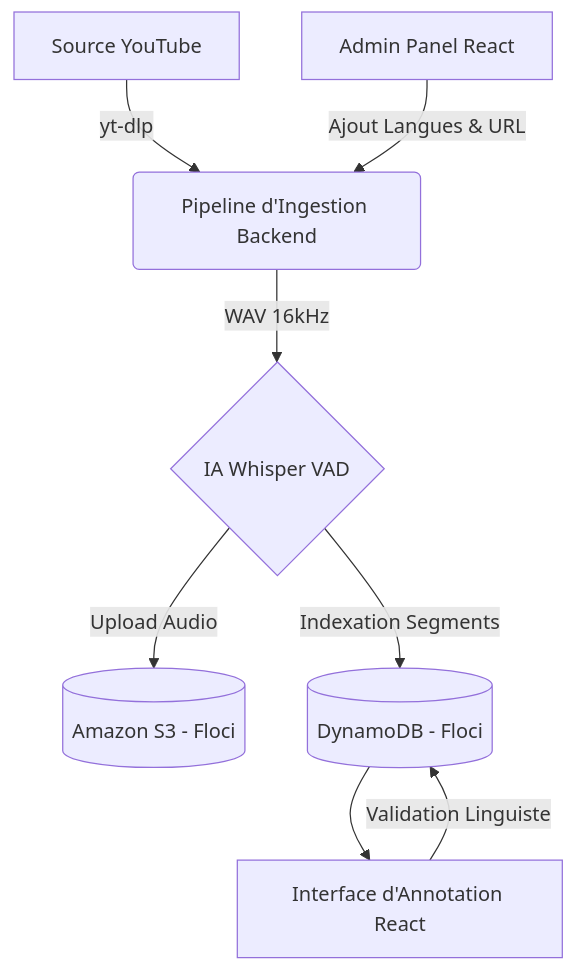
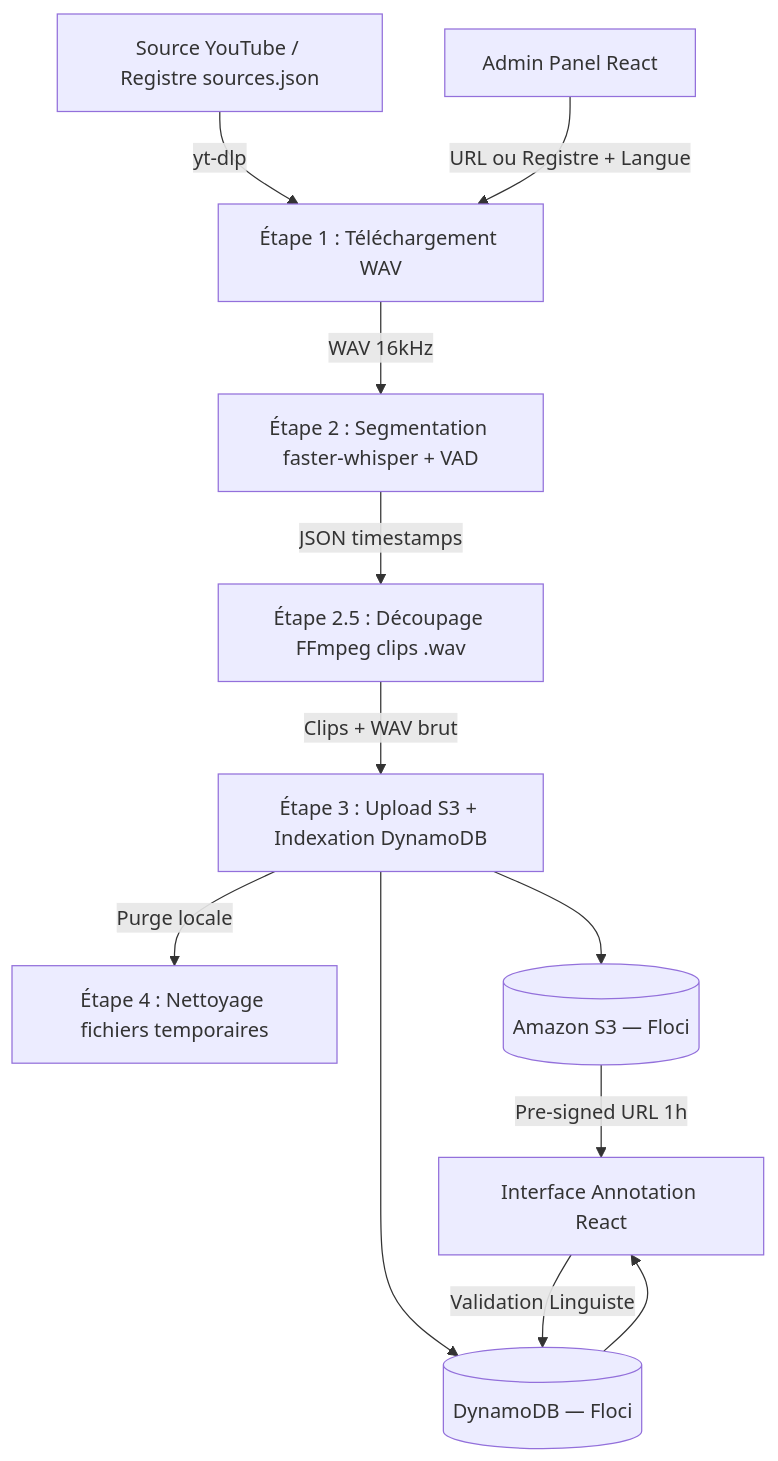
Before and after one commit to Gnzikoune/BantuVoice-MVP: the diagram in README.md, drawn with Mermaid. The commit also changed other lines of this file, not shown here.

Commit message:
docs(readme): mise a jour complete - faster-whisper, audio_splitter, pipeline 4 etapes, S3 pre-signed URLs, nouveaux endpoints API, mode registre, strategie branches

````diff
--- a/README.md
+++ b/README.md
@@ -51,10 +55,14 @@
 ```mermaid
 graph TD;
-    A[Source YouTube] -->|yt-dlp| B(Pipeline d'Ingestion Backend)
-    B -->|WAV 16kHz| C{IA Whisper VAD}
-    C -->|Upload Audio| D[(Amazon S3 - Floci)]
-    C -->|Indexation Segments| E[(DynamoDB - Floci)]
-    F[Admin Panel React] -->|Ajout Langues & URL| B
-    E --> G[Interface d'Annotation React]
-    G -->|Validation Linguiste| E
+    A[Source YouTube / Registre sources.json] -->|yt-dlp| B[Étape 1 : Téléchargement WAV]
+    B -->|WAV 16kHz| C[Étape 2 : Segmentation faster-whisper + VAD]
+    C -->|JSON timestamps| D[Étape 2.5 : Découpage FFmpeg clips .wav]
+    D -->|Clips + WAV brut| E[Étape 3 : Upload S3 + Indexation DynamoDB]
+    E -->|Purge locale| F[Étape 4 : Nettoyage fichiers temporaires]
+    E --> G[(Amazon S3 — Floci)]
+    E --> H[(DynamoDB — Floci)]
+    I[Admin Panel React] -->|URL ou Registre + Langue| B
+    H --> J[Interface Annotation React]
+    G -->|Pre-signed URL 1h| J
+    J -->|Validation Linguiste| H
 ```
````
